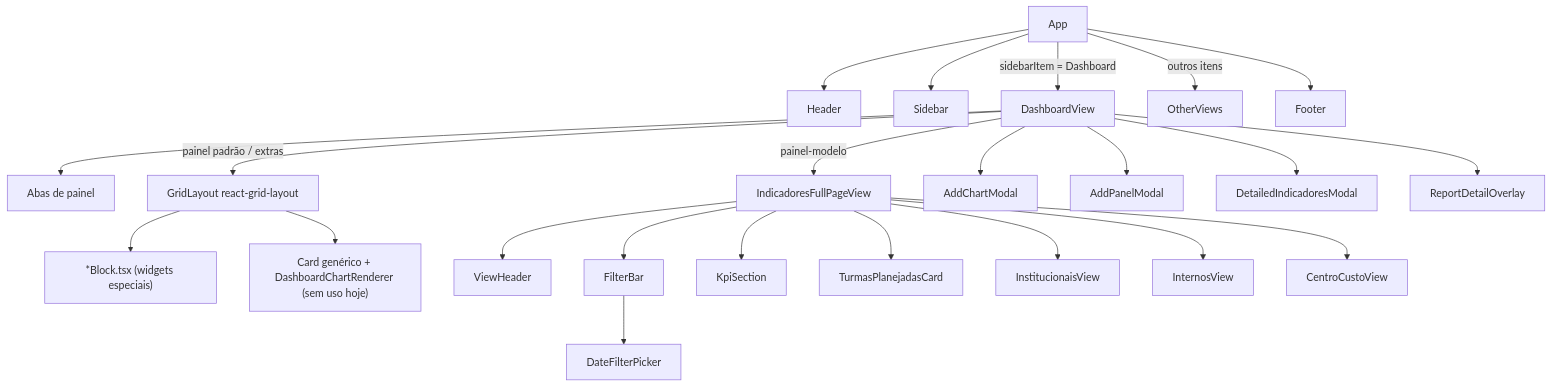
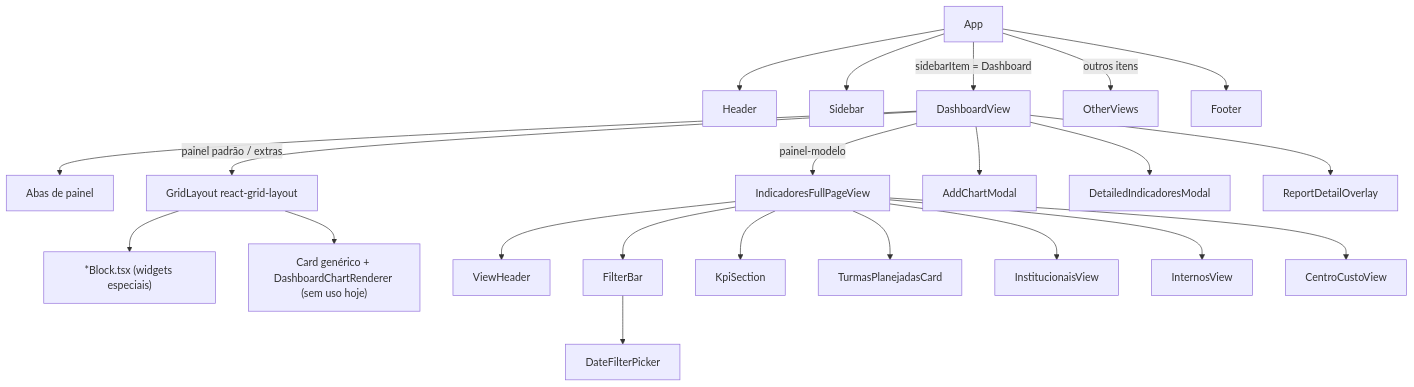
Before and after one commit to eucaiogomes/Dashboard-Lector: the diagram in docs/specs/01-arquitetura.md, drawn with Mermaid. The commit also changed other lines of this file and 16 other files, not shown here.

````diff
--- a/docs/specs/01-arquitetura.md
+++ b/docs/specs/01-arquitetura.md
@@ -14,18 +14,18 @@
 ```mermaid
 graph TD
   App --> Header
   App --> Sidebar
   App -->|sidebarItem = Dashboard| DashboardView
   App -->|outros itens| OtherViews
   App --> Footer
 
   DashboardView --> Abas[Abas de painel]
   DashboardView -->|painel padrão / extras| Grid[GridLayout react-grid-layout]
   Grid --> Blocks["*Block.tsx (widgets especiais)"]
   Grid --> CardGen["Card genérico + DashboardChartRenderer (sem uso hoje)"]
   DashboardView -->|painel-modelo| FullPage[IndicadoresFullPageView]
   FullPage --> ViewHeader & FilterBar & KpiSection & TurmasPlanejadasCard
   FullPage --> InstView[InstitucionaisView] & IntView[InternosView] & CCView[CentroCustoView]
-  DashboardView --> AddChartModal & AddPanelModal & DetailedIndicadoresModal & ReportDetailOverlay
+  DashboardView --> AddChartModal & DetailedIndicadoresModal & ReportDetailOverlay
   FilterBar --> DateFilterPicker
 ```
````
